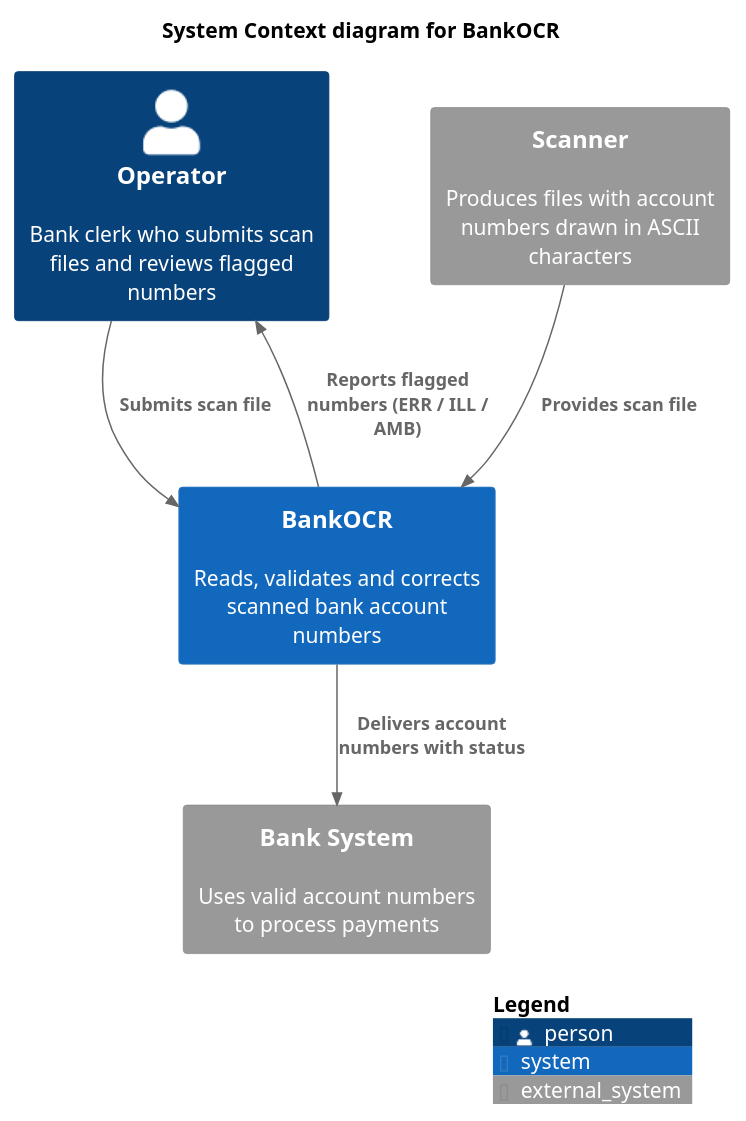
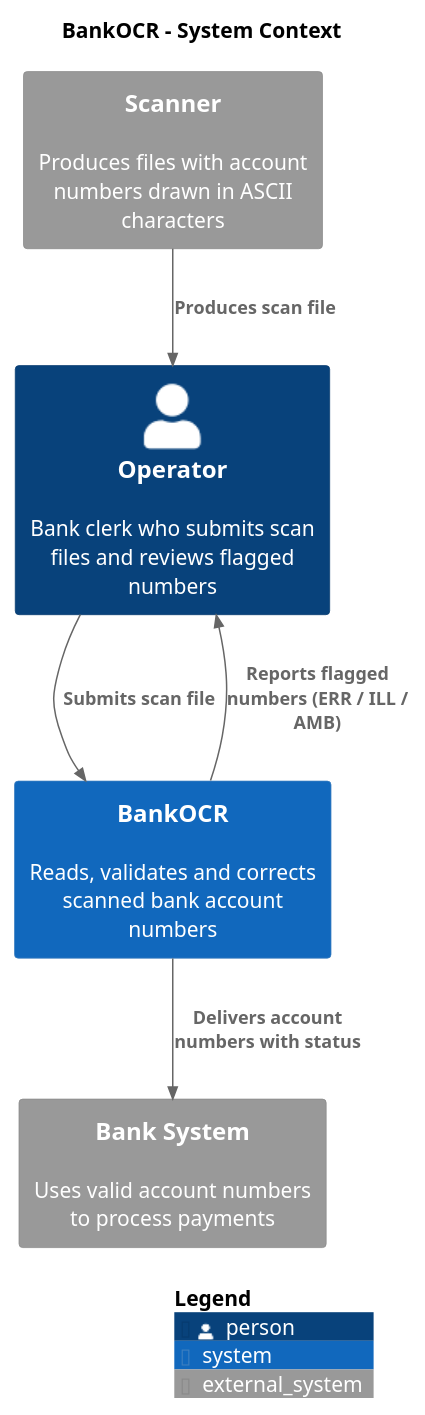
One commit to slaki00/sdp-powered-by-ai-agents-sladjana-virijevic changed the diagram in architecture/diagrams/c4-context.puml. Above: the diagram before and after it, drawn with PlantUML. The commit also changed 28 other files, not shown here.

Commit message:
#2 docs(architecture): add arc42 architecture documentation and C4 diagrams

```diff
--- a/architecture/diagrams/c4-context.puml
+++ b/architecture/diagrams/c4-context.puml
@@ -1,17 +1,17 @@
 @startuml c4-context
 !include <C4/C4_Context>
 
-title System Context diagram for BankOCR
+title BankOCR - System Context
 
 Person(operator, "Operator", "Bank clerk who submits scan files and reviews flagged numbers")
 System_Ext(scanner, "Scanner", "Produces files with account numbers drawn in ASCII characters")
 System(bankocr, "BankOCR", "Reads, validates and corrects scanned bank account numbers")
 System_Ext(bank, "Bank System", "Uses valid account numbers to process payments")
 
-Rel(scanner, bankocr, "Provides scan file")
+Rel(scanner, operator, "Produces scan file")
 Rel(operator, bankocr, "Submits scan file")
 Rel(bankocr, bank, "Delivers account numbers with status")
 Rel(bankocr, operator, "Reports flagged numbers (ERR / ILL / AMB)")
 
 SHOW_LEGEND()
 @enduml
```
